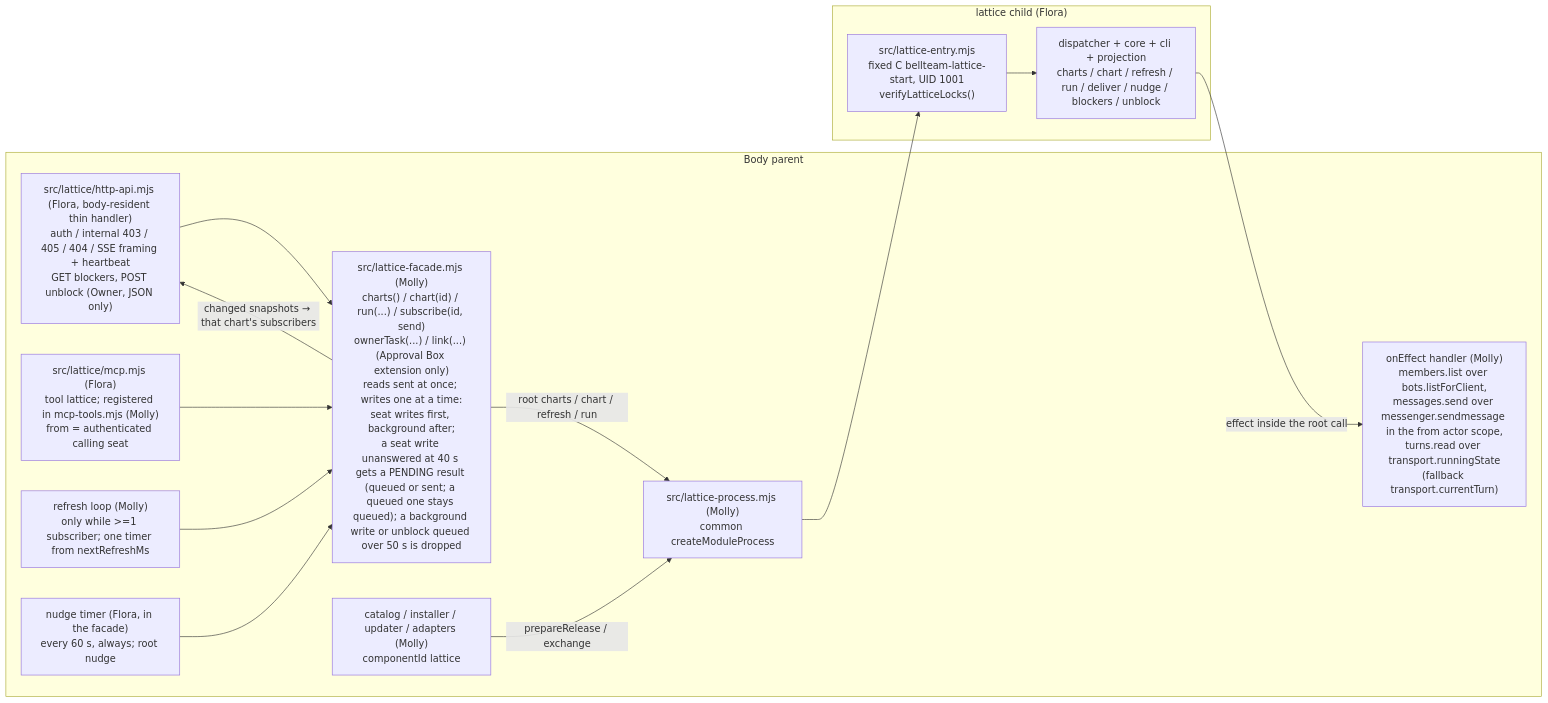
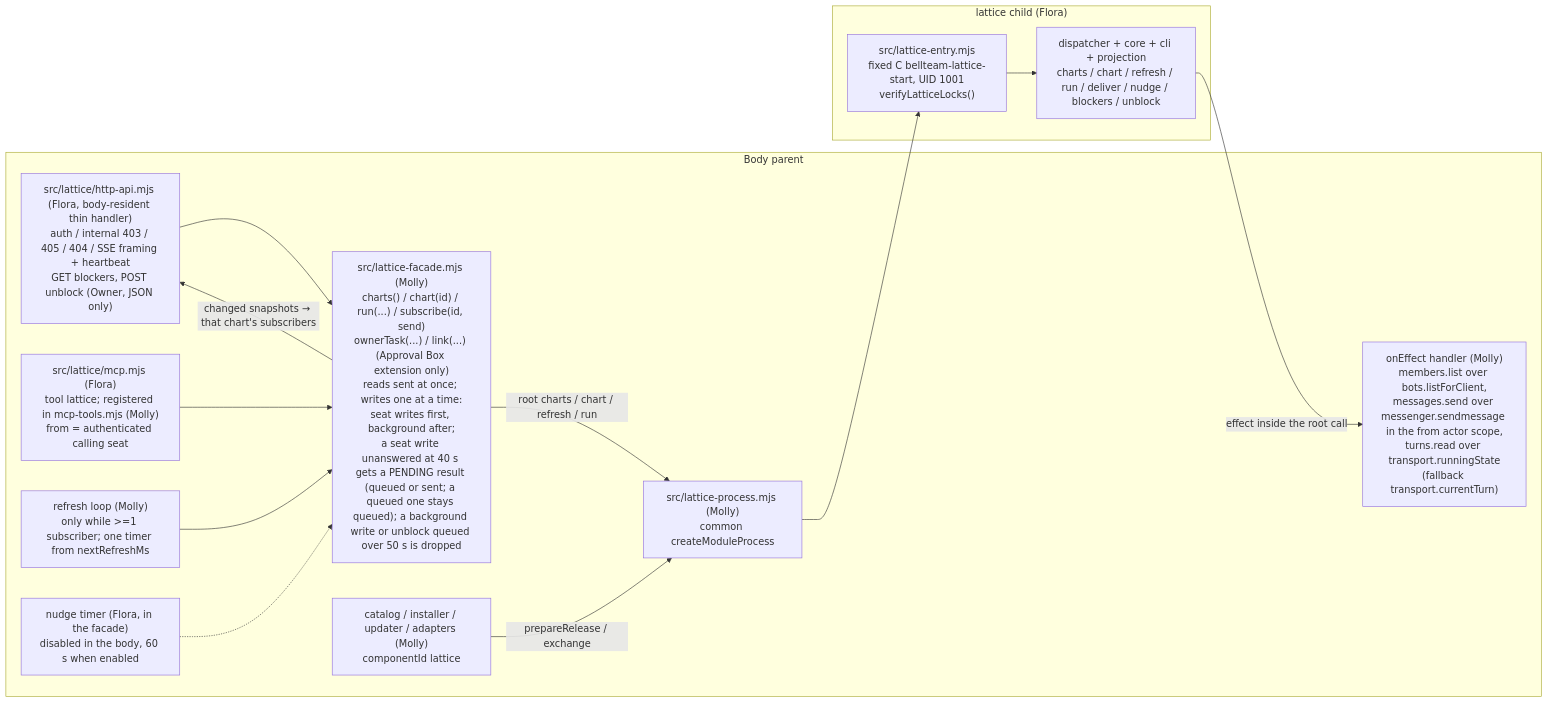
One commit to kitepon/BellTeam changed the diagram in docs/architecture/modules/runtime/lattice-child.md. Above: the diagram before and after it, drawn with Mermaid. The commit also changed other lines of this file and 5 other files, not shown here.

````diff
--- a/docs/architecture/modules/runtime/lattice-child.md
+++ b/docs/architecture/modules/runtime/lattice-child.md
@@ -7,26 +7,26 @@
 ```mermaid
 flowchart LR
   subgraph Parent["Body parent"]
     Route["src/lattice/http-api.mjs (Flora, body-resident thin handler)<br/>auth / internal 403 / 405 / 404 / SSE framing + heartbeat<br/>GET blockers, POST unblock (Owner, JSON only)"]
     Tool["src/lattice/mcp.mjs (Flora)<br/>tool lattice; registered in mcp-tools.mjs (Molly)<br/>from = authenticated calling seat"]
     Facade["src/lattice-facade.mjs (Molly)<br/>charts() / chart(id) / run(...) / subscribe(id, send)<br/>ownerTask(...) / link(...) (Approval Box extension only)<br/>reads sent at once; writes one at a time:<br/>seat writes first, background after;<br/>a seat write unanswered at 40 s gets a PENDING result (queued or sent; a queued one stays queued); a background write or unblock queued over 50 s is dropped"]
     Loop["refresh loop (Molly)<br/>only while >=1 subscriber; one timer from nextRefreshMs"]
-    Nudge["nudge timer (Flora, in the facade)<br/>every 60 s, always; root nudge"]
+    Nudge["nudge timer (Flora, in the facade)<br/>disabled in the body, 60 s when enabled"]
     Proc["src/lattice-process.mjs (Molly)<br/>common createModuleProcess"]
     Ports["onEffect handler (Molly)<br/>members.list over bots.listForClient,<br/>messages.send over messenger.sendmessage in the from actor scope,<br/>turns.read over transport.runningState<br/>(fallback transport.currentTurn)"]
     Update["catalog / installer / updater / adapters (Molly)<br/>componentId lattice"]
   end
   subgraph Child["lattice child (Flora)"]
     Entry["src/lattice-entry.mjs<br/>fixed C bellteam-lattice-start, UID 1001<br/>verifyLatticeLocks()"]
     Disp["dispatcher + core + cli + projection<br/>charts / chart / refresh / run / deliver / nudge / blockers / unblock"]
   end
   Route --> Facade
   Tool --> Facade
   Loop --> Facade
-  Nudge --> Facade
+  Nudge -.-> Facade
   Facade -->|"root charts / chart / refresh / run"| Proc
   Proc --> Entry --> Disp
   Disp -->|"effect inside the root call"| Ports
   Facade -->|"changed snapshots → that chart's subscribers"| Route
   Update -->|"prepareRelease / exchange"| Proc
 ```
````
